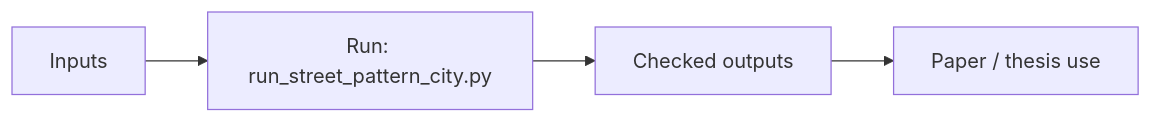
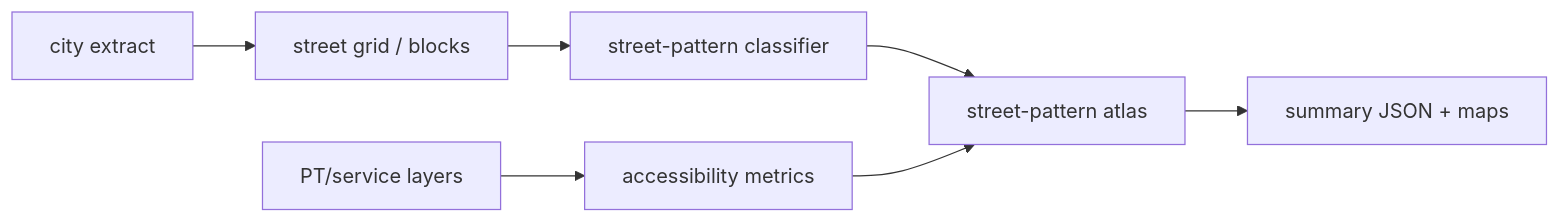
One commit to GeorgeKontsevik/segregation-by-design-experiments changed the diagram in README.md. Above: the diagram before and after it, drawn with Mermaid. The commit also changed other lines of this file, not shown here.

Commit message:
Improve README diagrams and project descriptions

````diff
--- a/README.md
+++ b/README.md
@@ -7,6 +7,9 @@
 ```mermaid
 flowchart LR
-    A[Inputs] --> B[Run: run_street_pattern_city.py]
-    B --> C[Checked outputs]
-    C --> D[Paper / thesis use]
+    CITY[city extract] --> GRID[street grid / blocks]
+    GRID --> CLASS[street-pattern classifier]
+    PT[PT/service layers] --> ACCESS[accessibility metrics]
+    CLASS --> ATLAS[street-pattern atlas]
+    ACCESS --> ATLAS
+    ATLAS --> SUMMARY[summary JSON + maps]
 ```
````
